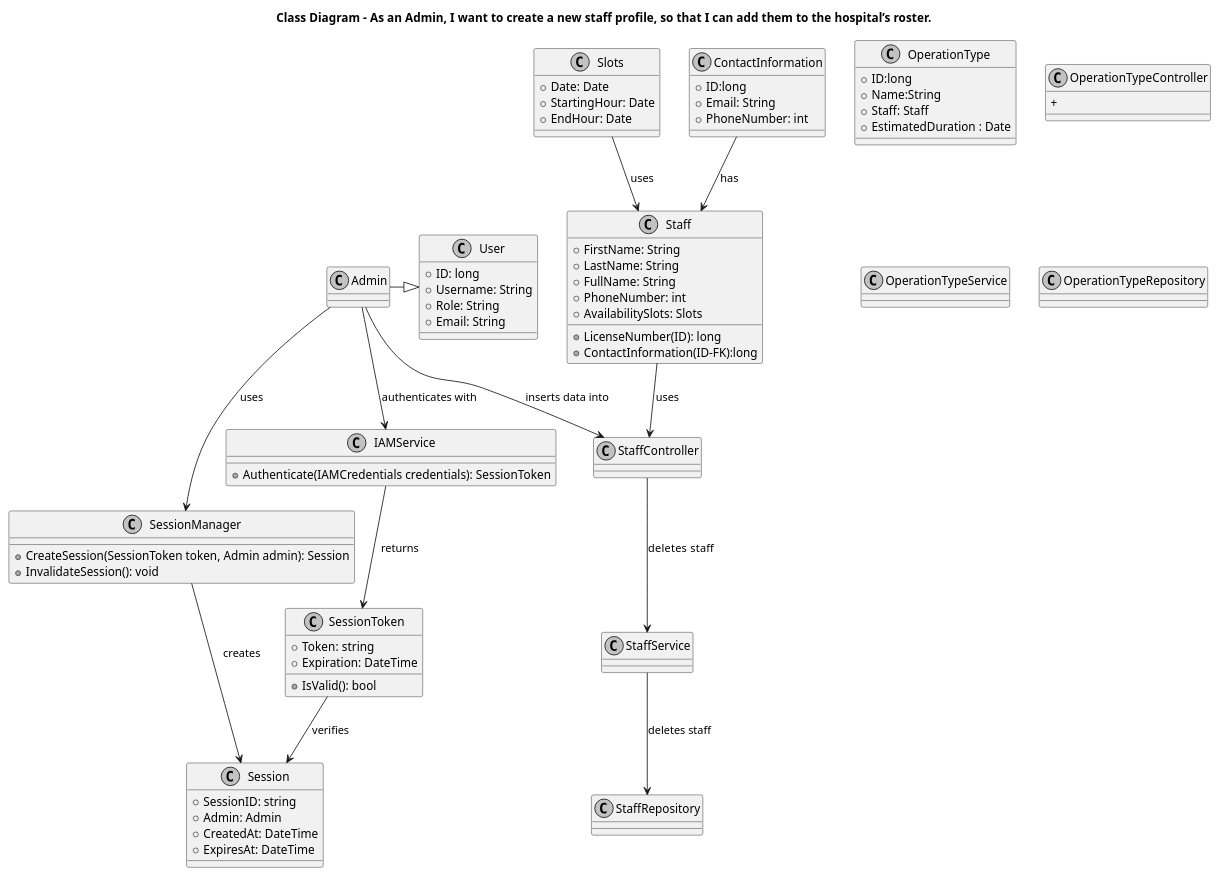
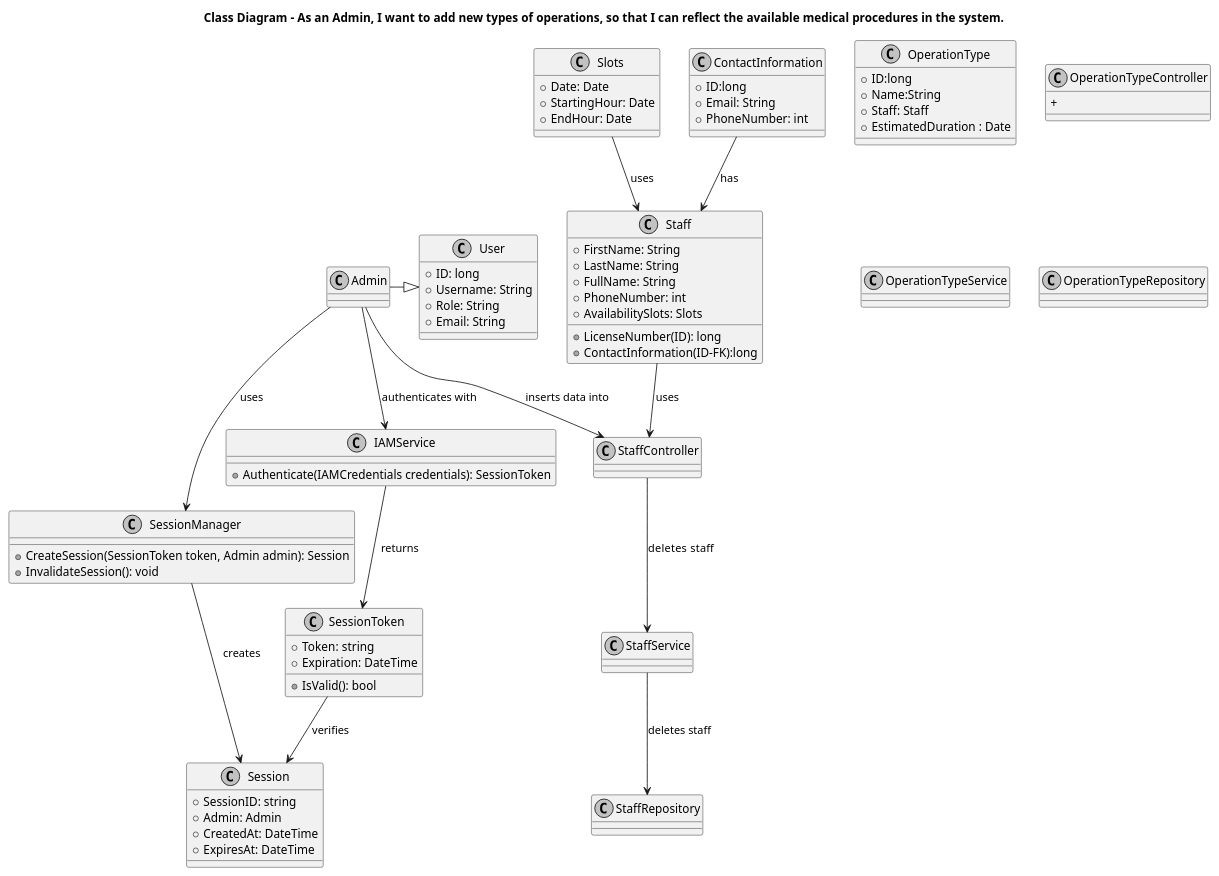
Before and after one commit to Educ00/Sem5Pi2425: the diagram in Docs/1211846/US5_1_20/us5_1_20_class-diagram.puml, drawn with PlantUML. The commit also changed 5 other files, not shown here.

```diff
--- a/Docs/1211846/US5_1_20/us5_1_20_class-diagram.puml
+++ b/Docs/1211846/US5_1_20/us5_1_20_class-diagram.puml
@@ -1,100 +1,100 @@
 @startuml
 'https://plantuml.com/class-diagram
 
 skinparam monochrome true
 skinparam shadowing false
 
-title Class Diagram - As an Admin, I want to create a new staff profile, so that I can add them to the hospital’s roster.
+title Class Diagram - As an Admin, I want to add new types of operations, so that I can reflect the available medical procedures in the system.
 
 class Admin{
 
 }
 class Slots{
     +Date: Date
     +StartingHour: Date
     +EndHour: Date
 }
 
 class Staff{
     +FirstName: String
     +LastName: String
     +FullName: String
     +LicenseNumber(ID): long
     +ContactInformation(ID-FK):long
     +PhoneNumber: int
     +AvailabilitySlots: Slots
 
 }
 
 class ContactInformation{
     +ID:long
     +Email: String
     +PhoneNumber: int
 }
 
 
 class User{
     +ID: long
     +Username: String
     +Role: String
     +Email: String
 }
 
 class OperationType{
     +ID:long
     +Name:String
     +Staff: Staff
     +EstimatedDuration : Date
 
 }
 
 
 
 class SessionManager {
     +CreateSession(SessionToken token, Admin admin): Session
     +InvalidateSession(): void
 }
 
 class Session {
     +SessionID: string
     +Admin: Admin
     +CreatedAt: DateTime
     +ExpiresAt: DateTime
 }
 class IAMService {
     +Authenticate(IAMCredentials credentials): SessionToken
 }
 
 
 
 class SessionToken {
     +Token: string
     +Expiration: DateTime
     +IsValid(): bool
 }
 
 class OperationTypeController{
     +
 }
 
 class OperationTypeService {
 
 }
 class OperationTypeRepository {
 
 }
 
 Slots-->Staff : uses
 ContactInformation-->Staff :has
 Admin-|>User
 Admin --> SessionManager : uses
 IAMService --> SessionToken : returns
 SessionManager --> Session : creates
 Admin --> IAMService : authenticates with
 Admin --> StaffController : inserts data into
 StaffController-->StaffService: deletes  staff
 Staff-->StaffController:uses
 StaffService-->StaffRepository: deletes staff
 SessionToken --> Session : verifies
 
 @enduml
```
